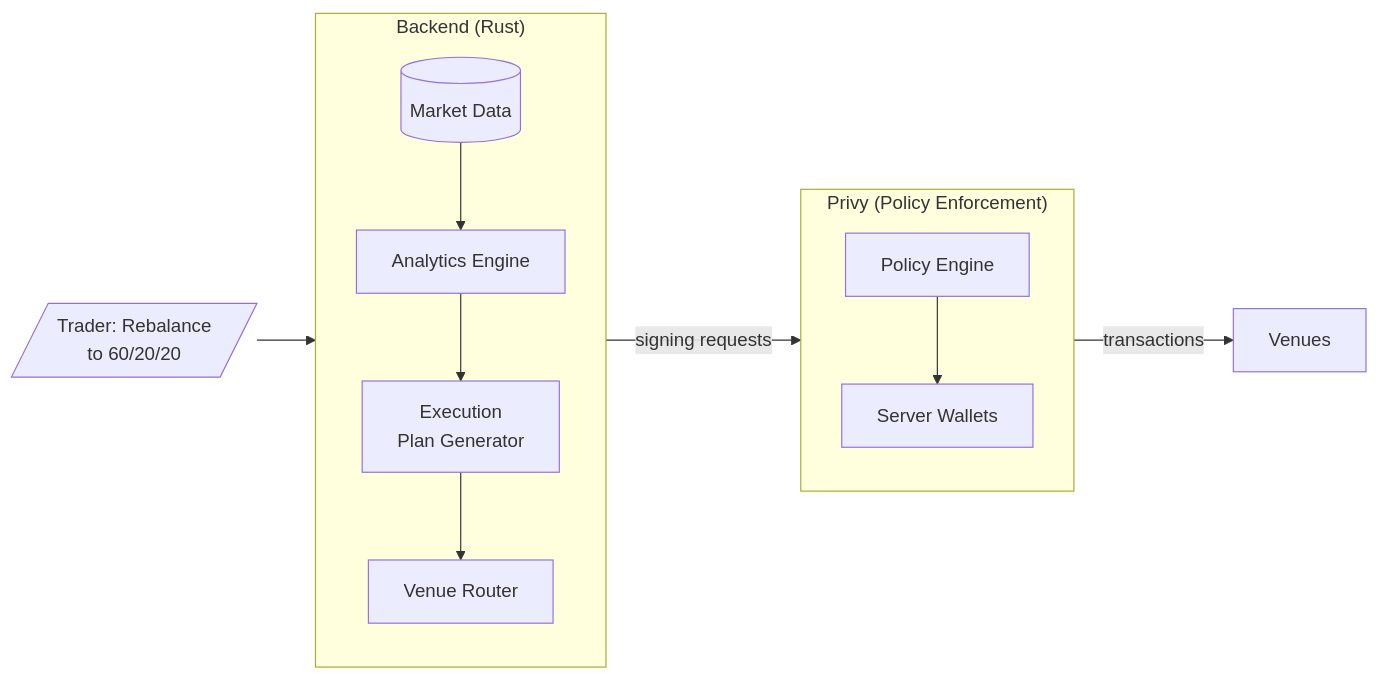
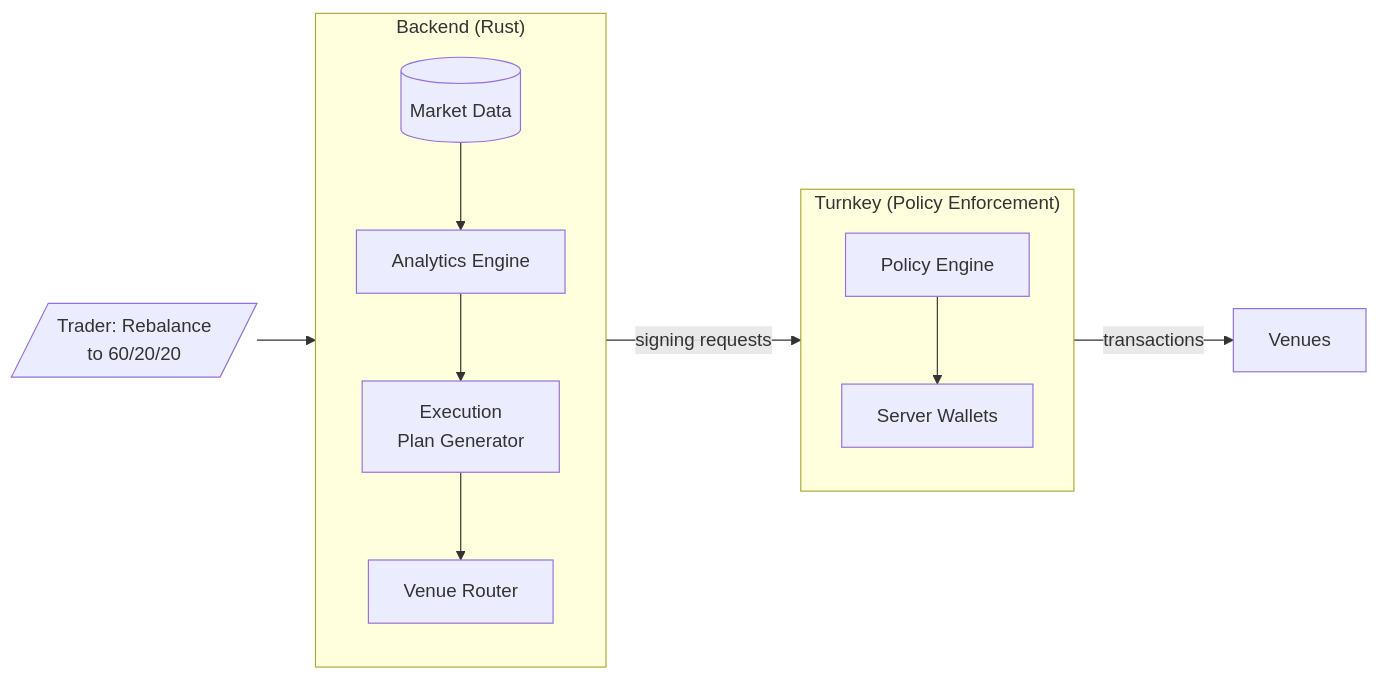
Before and after one commit to dataclique/moneymentum: the first of 2 diagrams in SPEC.md, drawn with Mermaid. The commit also changed other lines of this file and 4 other files, not shown here.

````diff
--- a/SPEC.md
+++ b/SPEC.md
@@ -78,26 +82,26 @@
 ```mermaid
 flowchart LR
     T[/"Trader: Rebalance<br/>to 60/20/20"/]
 
     subgraph Backend["Backend (Rust)"]
         direction TB
         DATA[(Market Data)]
         ANAL[Analytics Engine]
         PLAN[Execution<br/>Plan Generator]
         ROUTE[Venue Router]
         DATA --> ANAL --> PLAN --> ROUTE
     end
 
-    subgraph Privy["Privy (Policy Enforcement)"]
+    subgraph Turnkey["Turnkey (Policy Enforcement)"]
         direction TB
         POL[Policy Engine]
         WALLET[Server Wallets]
         POL --> WALLET
     end
 
     V[Venues]
 
     T --> PLAN
     ROUTE -->|signing requests| POL
     WALLET -->|transactions| V
 ```
````
